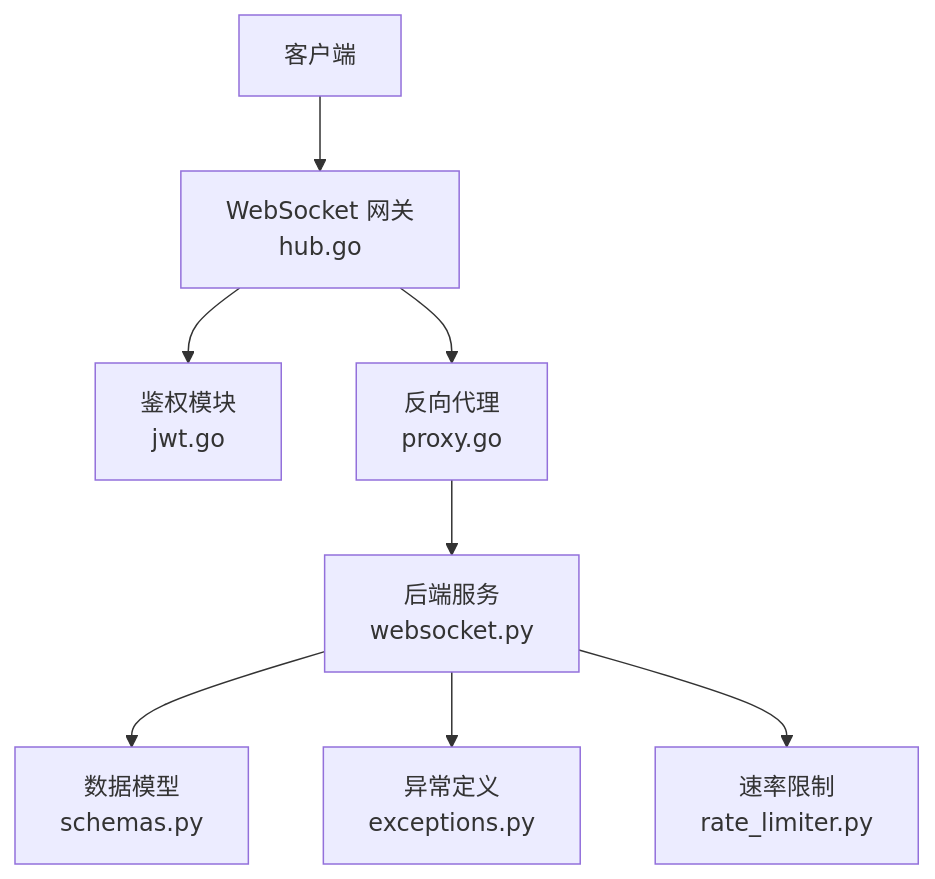
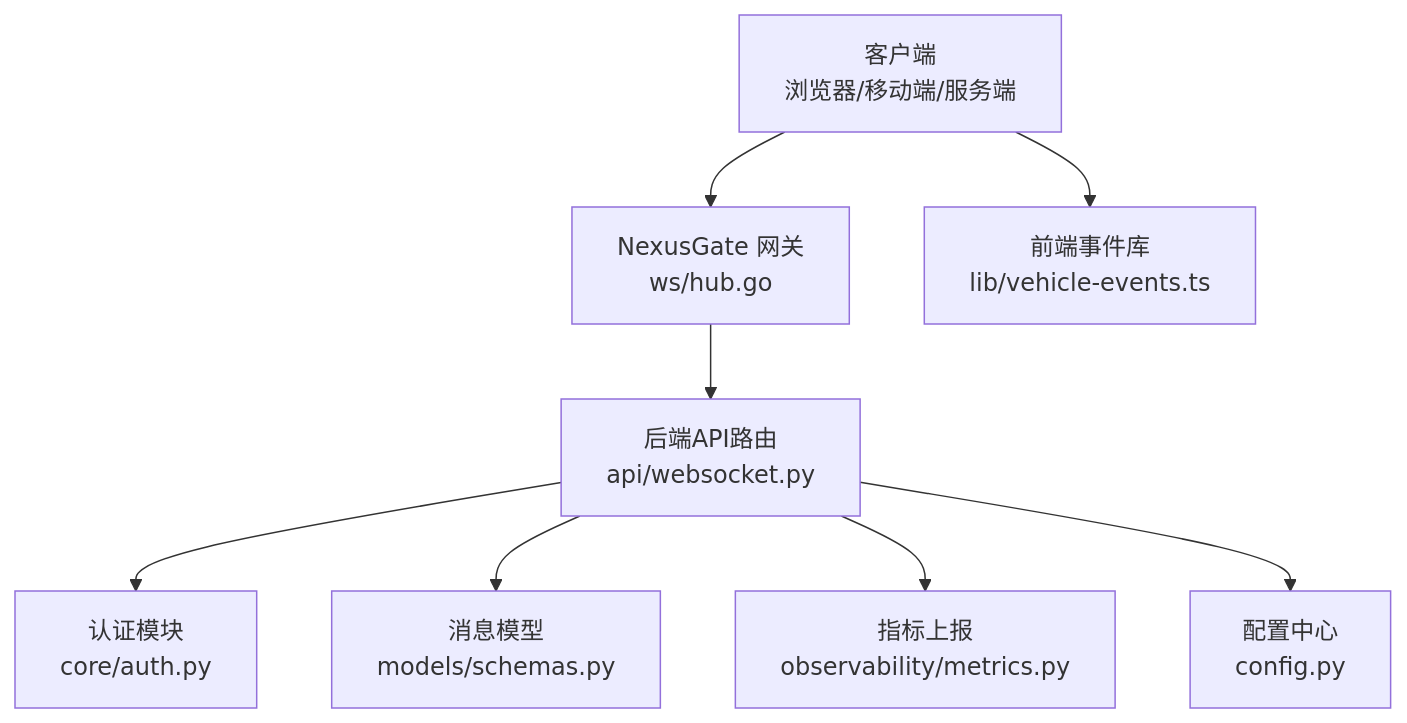
Before and after one commit to zmdhdu/NexusCockpit: the first of 6 diagrams in .qoder/repowiki/zh/content/API接口文档/WebSocket实时通信接口.md, drawn with Mermaid. The commit also changed other lines of this file and 478 other files, not shown here.

````diff
--- a/.qoder/repowiki/zh/content/API接口文档/WebSocket实时通信接口.md
+++ b/.qoder/repowiki/zh/content/API接口文档/WebSocket实时通信接口.md
@@ -40,10 +36,10 @@
 ```mermaid
 graph TB
-Client["客户端"] --> WS["WebSocket 网关<br/>hub.go"]
-WS --> Auth["鉴权模块<br/>jwt.go"]
-WS --> Proxy["反向代理<br/>proxy.go"]
-Proxy --> Backend["后端服务<br/>websocket.py"]
-Backend --> Schemas["数据模型<br/>schemas.py"]
-Backend --> Exceptions["异常定义<br/>exceptions.py"]
-Backend --> RateLimit["速率限制<br/>rate_limiter.py"]
+Client["客户端<br/>浏览器/移动端/服务端"] --> WS["NexusGate 网关<br/>ws/hub.go"]
+WS --> API["后端API路由<br/>api/websocket.py"]
+API --> Auth["认证模块<br/>core/auth.py"]
+API --> Schemas["消息模型<br/>models/schemas.py"]
+API --> Metrics["指标上报<br/>observability/metrics.py"]
+API --> Config["配置中心<br/>config.py"]
+Client --> FE["前端事件库<br/>lib/vehicle-events.ts"]
 ```
````
